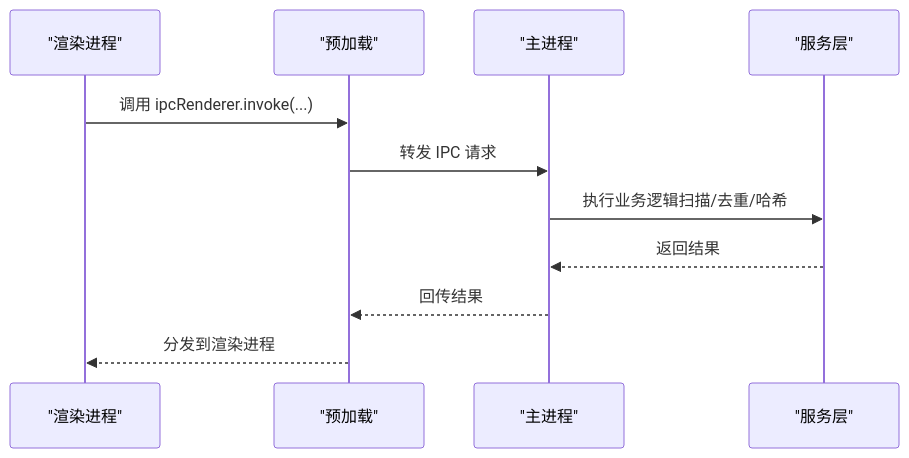
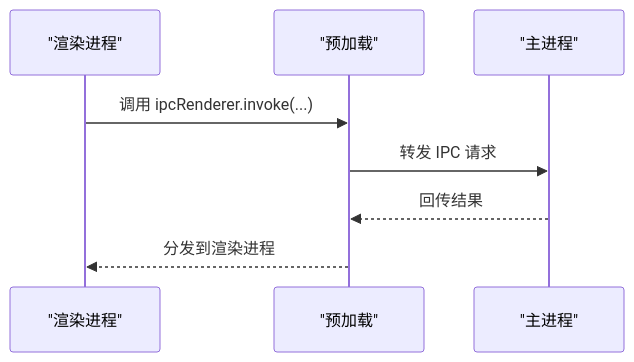
One commit to remgasuki/ReDoPhoto changed the fourth of 5 diagrams in .qoder/repowiki/zh/content/配置与部署/打包设置.md. Above: the diagram before and after it, drawn with Mermaid. The commit also changed other lines of this file and 20 other files, not shown here.

````diff
--- a/.qoder/repowiki/zh/content/配置与部署/打包设置.md
+++ b/.qoder/repowiki/zh/content/配置与部署/打包设置.md
@@ -198,13 +197,10 @@
 ```mermaid
 sequenceDiagram
 participant R as "渲染进程"
 participant P as "预加载"
 participant M as "主进程"
-participant S as "服务层"
 R->>P : 调用 ipcRenderer.invoke(...)
 P->>M : 转发 IPC 请求
-M->>S : 执行业务逻辑扫描/去重/哈希
-S-->>M : 返回结果
 M-->>P : 回传结果
 P-->>R : 分发到渲染进程
 ```
````
